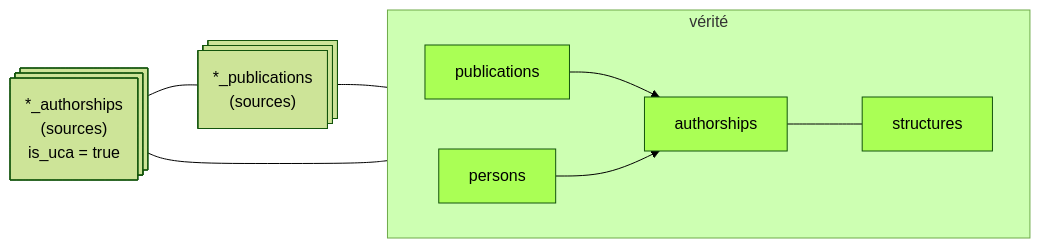
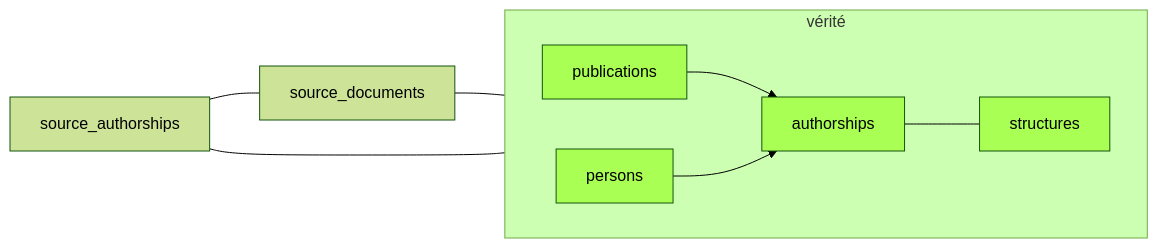
One commit to Y33sha/bibliometrie-uca changed the ninth of 9 diagrams in docs/pipeline.md. Above: the diagram before and after it, drawn with Mermaid (forest theme). The commit also changed other lines of this file and 26 other files, not shown here.

````diff
--- a/docs/pipeline.md
+++ b/docs/pipeline.md
@@ -310,15 +301,15 @@
 ```mermaid
 flowchart LR
-    G@{ shape: processes, label: "*_publications\n(sources)"}---A
-    H@{ shape: processes, label: "*_authorships\n(sources)\nis_uca = true"}---G
-    H---C
+    source_documents---A
+    source_authorships---source_documents
+    source_authorships---C
 
     subgraph vérité
     direction LR
     A[publications]-->B[authorships]
     C[persons]-->B
     B---F[structures]
     end
     classDef valid  fill:#af5
     class F,A,C,B valid;
 ```
````
